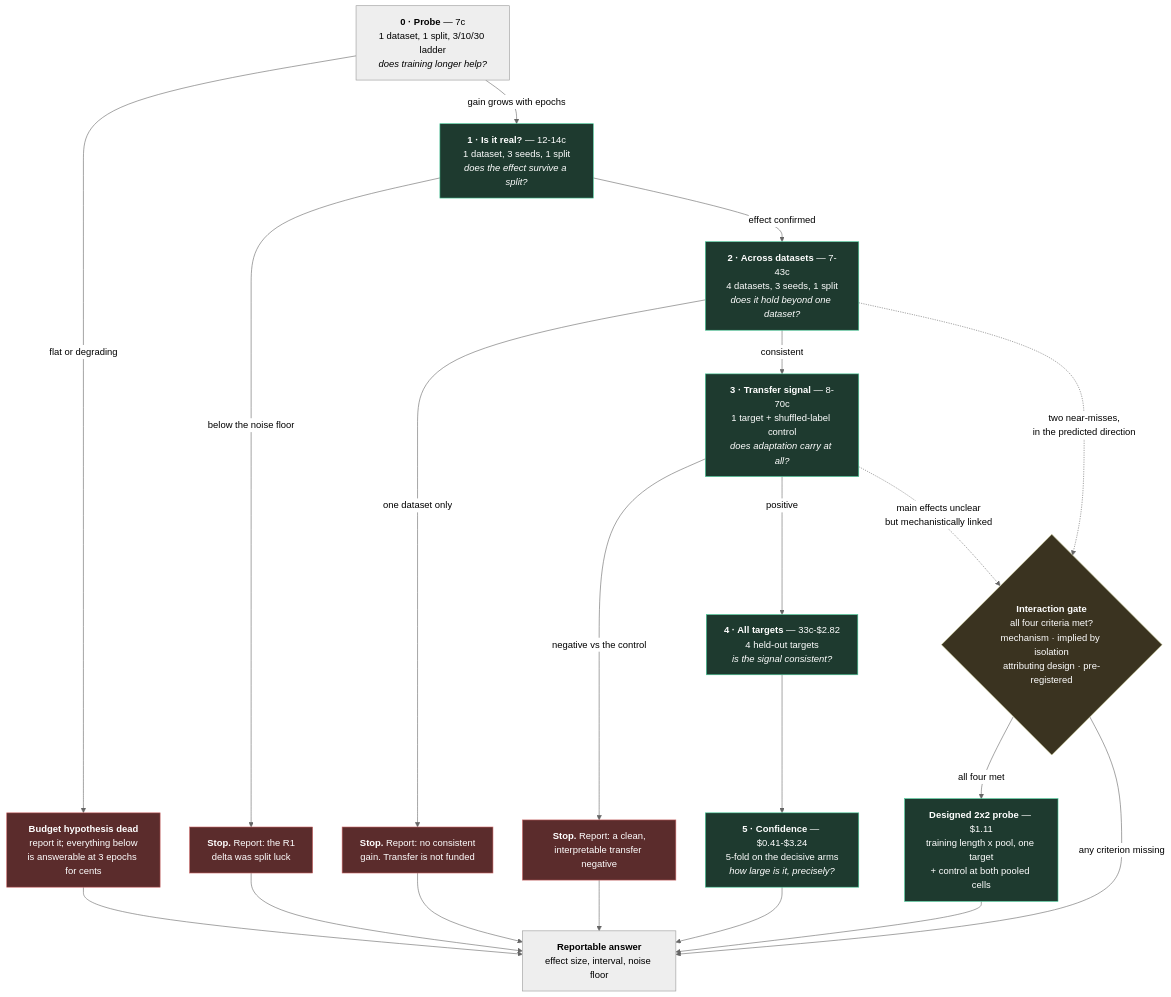
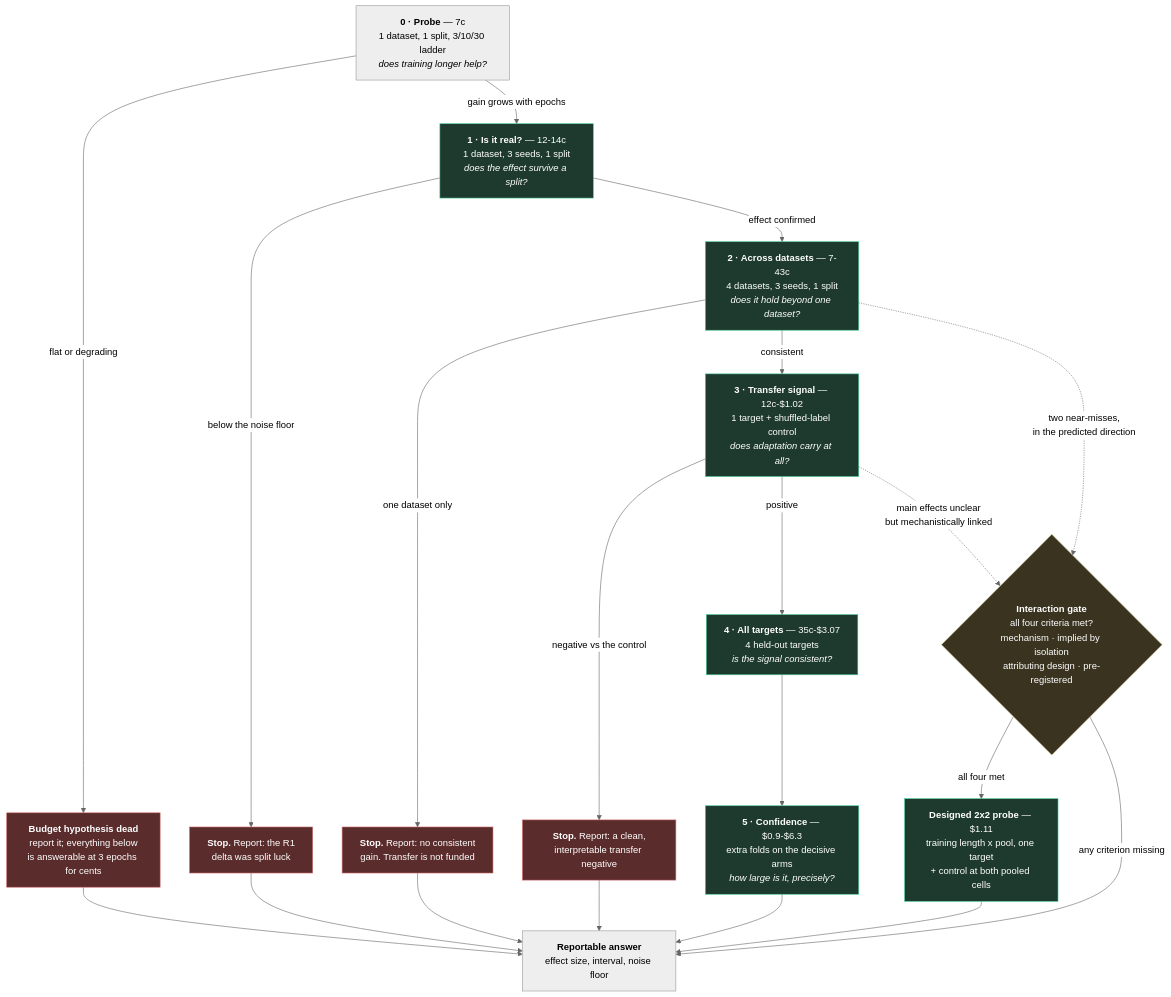
Before and after one commit to IFoA-ADSWP/tabular-foundation-model: the diagram in docs/reports/PILOT_2_DECISION_GRAPH.md, drawn with Mermaid (neutral theme). The commit also changed other lines of this file and 1 other file, not shown here.

First line of the commit message:
docs: fix the transfer cost in the execution plan and the graph (review finding)

````diff
--- a/docs/reports/PILOT_2_DECISION_GRAPH.md
+++ b/docs/reports/PILOT_2_DECISION_GRAPH.md
@@ -35,43 +35,43 @@
 ```mermaid
 flowchart TD
     S0["<b>0 · Probe</b> — 7c<br/>1 dataset, 1 split, 3/10/30 ladder<br/><i>does training longer help?</i>"]
     S0N["<b>Budget hypothesis dead</b><br/>report it; everything below<br/>is answerable at 3 epochs for cents"]
     S1["<b>1 · Is it real?</b> — 12-14c<br/>1 dataset, 3 seeds, 1 split<br/><i>does the effect survive a split?</i>"]
     S1N["<b>Stop.</b> Report: the R1<br/>delta was split luck"]
     S2["<b>2 · Across datasets</b> — 7-43c<br/>4 datasets, 3 seeds, 1 split<br/><i>does it hold beyond one dataset?</i>"]
     S2N["<b>Stop.</b> Report: no consistent<br/>gain. Transfer is not funded"]
-    S3["<b>3 · Transfer signal</b> — 8-70c<br/>1 target + shuffled-label control<br/><i>does adaptation carry at all?</i>"]
+    S3["<b>3 · Transfer signal</b> — 12c-$1.02<br/>1 target + shuffled-label control<br/><i>does adaptation carry at all?</i>"]
     S3N["<b>Stop.</b> Report: a clean,<br/>interpretable transfer negative"]
-    S4["<b>4 · All targets</b> — 33c-$2.82<br/>4 held-out targets<br/><i>is the signal consistent?</i>"]
-    S5["<b>5 · Confidence</b> — $0.41-$3.24<br/>5-fold on the decisive arms<br/><i>how large is it, precisely?</i>"]
+    S4["<b>4 · All targets</b> — 35c-$3.07<br/>4 held-out targets<br/><i>is the signal consistent?</i>"]
+    S5["<b>5 · Confidence</b> — $0.9-$6.3<br/>extra folds on the decisive arms<br/><i>how large is it, precisely?</i>"]
     OUT["<b>Reportable answer</b><br/>effect size, interval, noise floor"]
     INT{"<b>Interaction gate</b><br/>all four criteria met?<br/>mechanism · implied by isolation<br/>attributing design · pre-registered"}
     I1["<b>Designed 2x2 probe</b> — $1.11<br/>training length x pool, one target<br/>+ control at both pooled cells"]
 
     S0 -->|"flat or degrading"| S0N
     S0 -->|"gain grows with epochs"| S1
     S0N --> OUT
     S1 -->|"below the noise floor"| S1N
     S1 -->|"effect confirmed"| S2
     S1N --> OUT
     S2 -->|"one dataset only"| S2N
     S2 -->|"consistent"| S3
     S2N --> OUT
     S3 -->|"negative vs the control"| S3N
     S3 -->|"positive"| S4
     S3N --> OUT
     S4 --> S5
     S5 --> OUT
     S2 -.->|"two near-misses,<br/>in the predicted direction"| INT
     S3 -.->|"main effects unclear<br/>but mechanistically linked"| INT
     INT -->|"all four met"| I1
     INT -->|"any criterion missing"| OUT
     I1 --> OUT
 
     classDef stop fill:#5b2c2c,stroke:#c66,color:#fff
     classDef go fill:#1e3a2f,stroke:#4c9,color:#fff
     classDef gate fill:#3a3320,stroke:#cc9,color:#fff
     class S0N,S1N,S2N,S3N stop
     class S1,S2,S3,S4,S5,I1 go
     class INT gate
 ```
````
